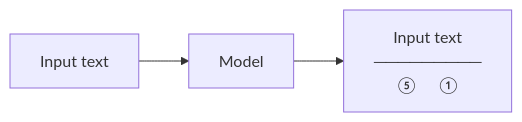
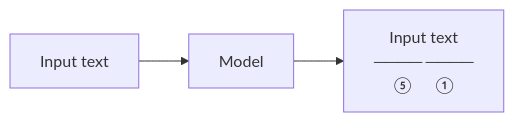
The second of 4 diagrams in lectures/lecture1 - Transformer.md (aaronddecker/Agentic-AI-Learning-Journey), drawn with Mermaid before and after one commit.

Commit message:
Fix formatting in lecture1 - Transformer.md

````diff
--- a/lectures/lecture1 - Transformer.md
+++ b/lectures/lecture1 - Transformer.md
@@ -36,5 +36,5 @@
 ```mermaid
 graph LR
     A[Input text] --> B[Model]
-    B --> C["Input text<br/>─────────<br/>⑤  ①"]
+    B --> C["Input text<br/>────  ────<br/>⑤  ①"]
 ```
````
